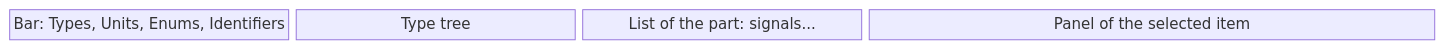
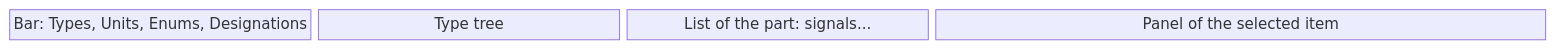
Before and after one commit to AlexandreGallais/synoptic-studio-spec: the fifth of 6 diagrams in screens/README.md, drawn with Mermaid. The commit also changed other lines of this file and 19 other files, not shown here.

````diff
--- a/screens/README.md
+++ b/screens/README.md
@@ -146,5 +146,5 @@
 ```mermaid
 block-beta
     columns 5
-    rail["Bar: Types, Units, Enums, Identifiers"] tree["Type tree"] list["List of the part: signals..."] panel["Panel of the selected item"]:2
+    rail["Bar: Types, Units, Enums, Designations"] tree["Type tree"] list["List of the part: signals..."] panel["Panel of the selected item"]:2
 ```
````
